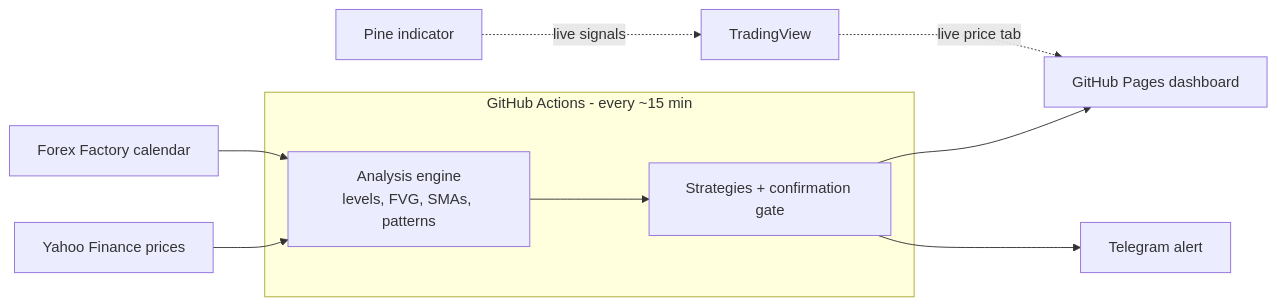
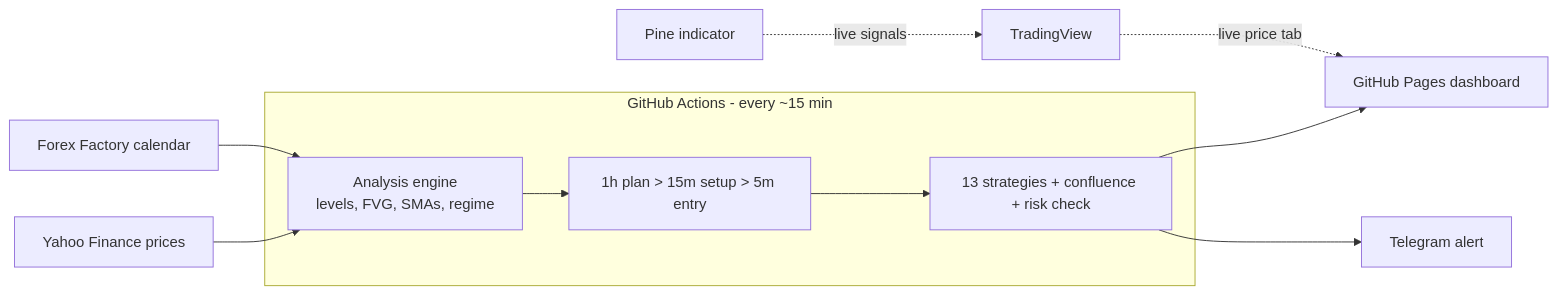
One commit to luciferalive/FX-Signal-Desk changed the diagram in README.md. Above: the diagram before and after it, drawn with Mermaid. The commit also changed other lines of this file and 36 other files, not shown here.

First line of the commit message:
Multi-strategy engine, 1h/15m/5m workflow, risk checks, cleaner chart

````diff
--- a/README.md
+++ b/README.md
@@ -108,12 +114,13 @@
 ```mermaid
 flowchart LR
     Y[Yahoo Finance prices] --> A
     F[Forex Factory calendar] --> A
     subgraph GH[GitHub Actions - every ~15 min]
-        A[Analysis engine<br/>levels, FVG, SMAs, patterns] --> S[Strategies + confirmation gate]
+        A[Analysis engine<br/>levels, FVG, SMAs, regime] --> W[1h plan > 15m setup > 5m entry]
+        W --> S[13 strategies + confluence + risk check]
     end
     S --> D[GitHub Pages dashboard]
     S --> T[Telegram alert]
     TV[TradingView] -. live price tab .-> D
     P[Pine indicator] -. live signals .-> TV
 ```
````
